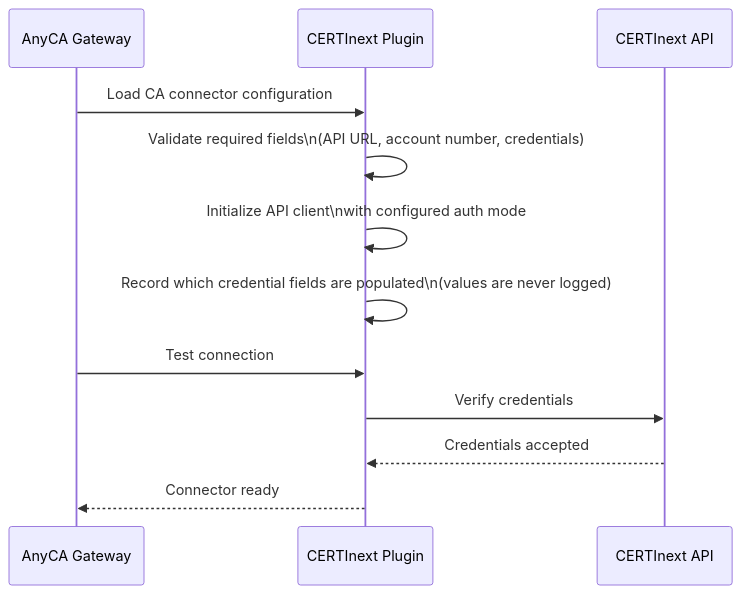
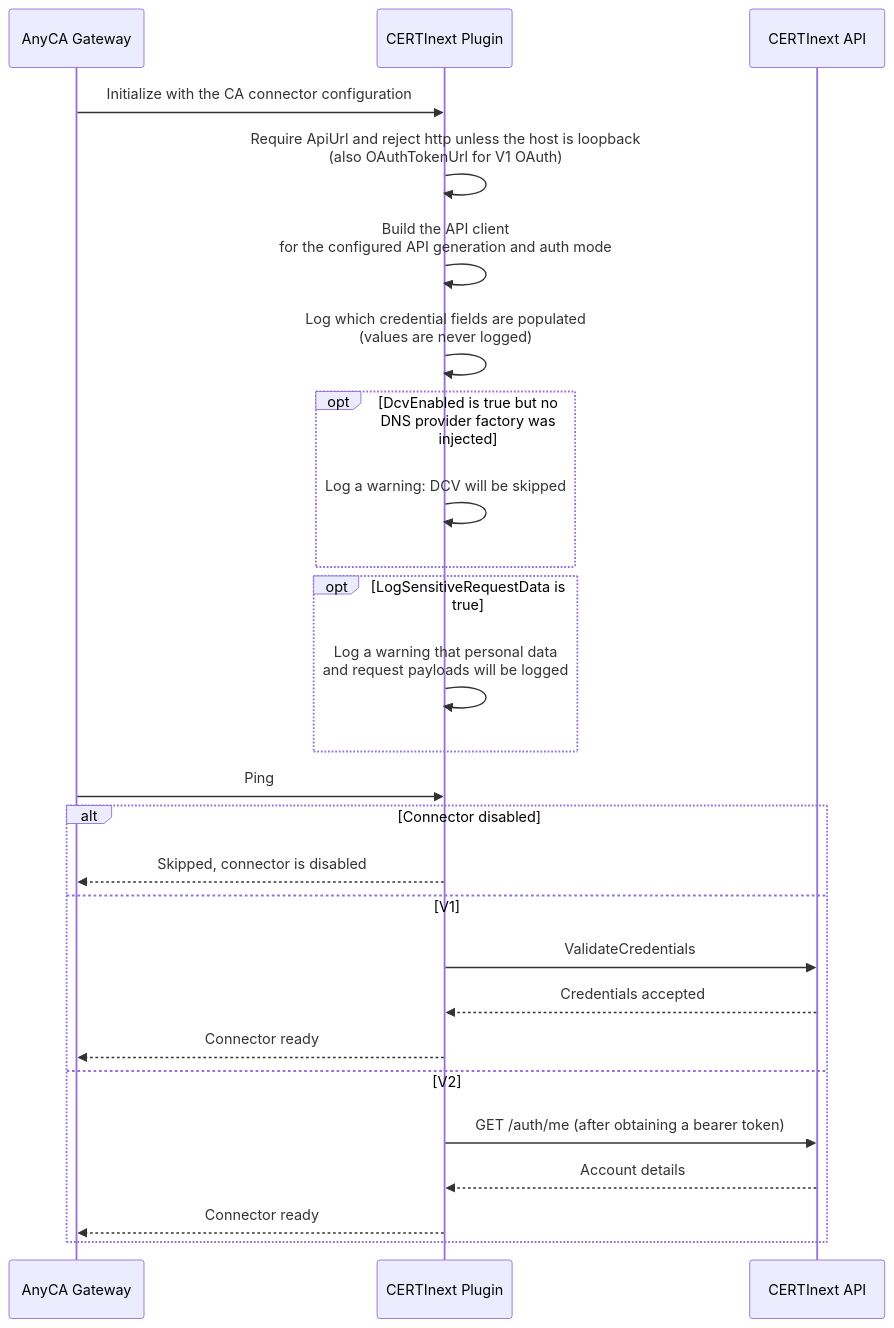
One commit to Keyfactor/certinext-caplugin changed the first of 10 diagrams in docsource/architecture.md. Above: the diagram before and after it, drawn with Mermaid. The commit also changed other lines of this file and 2 other files, not shown here.

Commit message:
docs: correct architecture diagrams, migration guide, and developer guide against the code

````diff
--- a/docsource/architecture.md
+++ b/docsource/architecture.md
@@ -72,15 +81,29 @@
 ```mermaid
 sequenceDiagram
     participant GW as AnyCA Gateway
     participant Plugin as CERTInext Plugin
     participant API as CERTInext API
 
-    GW->>Plugin: Load CA connector configuration
-    Plugin->>Plugin: Validate required fields\n(API URL, account number, credentials)
-    Plugin->>Plugin: Initialize API client\nwith configured auth mode
-    Plugin->>Plugin: Record which credential fields are populated\n(values are never logged)
-    GW->>Plugin: Test connection
-    Plugin->>API: Verify credentials
-    API-->>Plugin: Credentials accepted
-    Plugin-->>GW: Connector ready
+    GW->>Plugin: Initialize with the CA connector configuration
+    Plugin->>Plugin: Require ApiUrl and reject http unless the host is loopback<br/>(also OAuthTokenUrl for V1 OAuth)
+    Plugin->>Plugin: Build the API client<br/>for the configured API generation and auth mode
+    Plugin->>Plugin: Log which credential fields are populated<br/>(values are never logged)
+    opt DcvEnabled is true but no DNS provider factory was injected
+        Plugin->>Plugin: Log a warning: DCV will be skipped
+    end
+    opt LogSensitiveRequestData is true
+        Plugin->>Plugin: Log a warning that personal data<br/>and request payloads will be logged
+    end
+    GW->>Plugin: Ping
+    alt Connector disabled
+        Plugin-->>GW: Skipped, connector is disabled
+    else V1
+        Plugin->>API: ValidateCredentials
+        API-->>Plugin: Credentials accepted
+        Plugin-->>GW: Connector ready
+    else V2
+        Plugin->>API: GET /auth/me (after obtaining a bearer token)
+        API-->>Plugin: Account details
+        Plugin-->>GW: Connector ready
+    end
 ```
````
